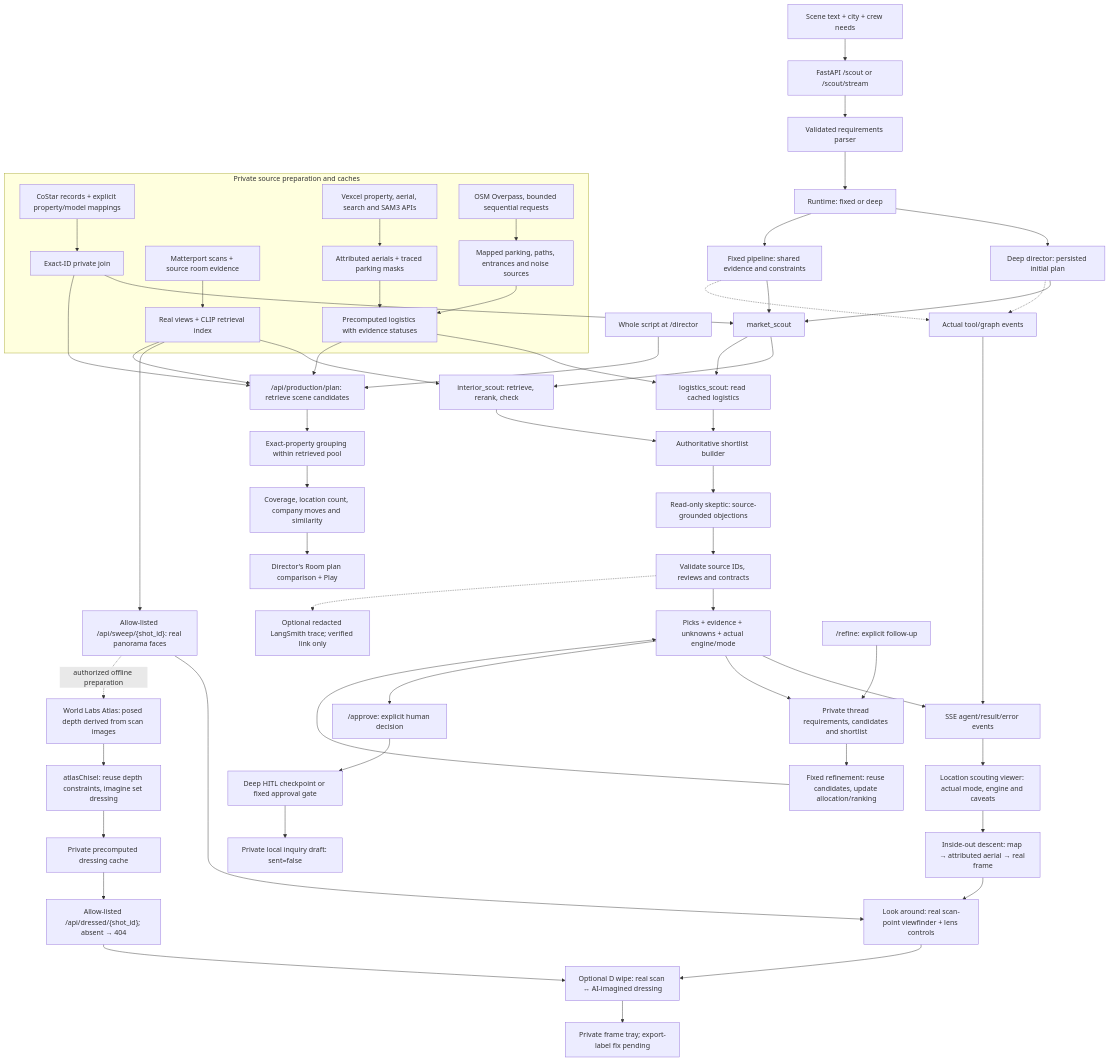
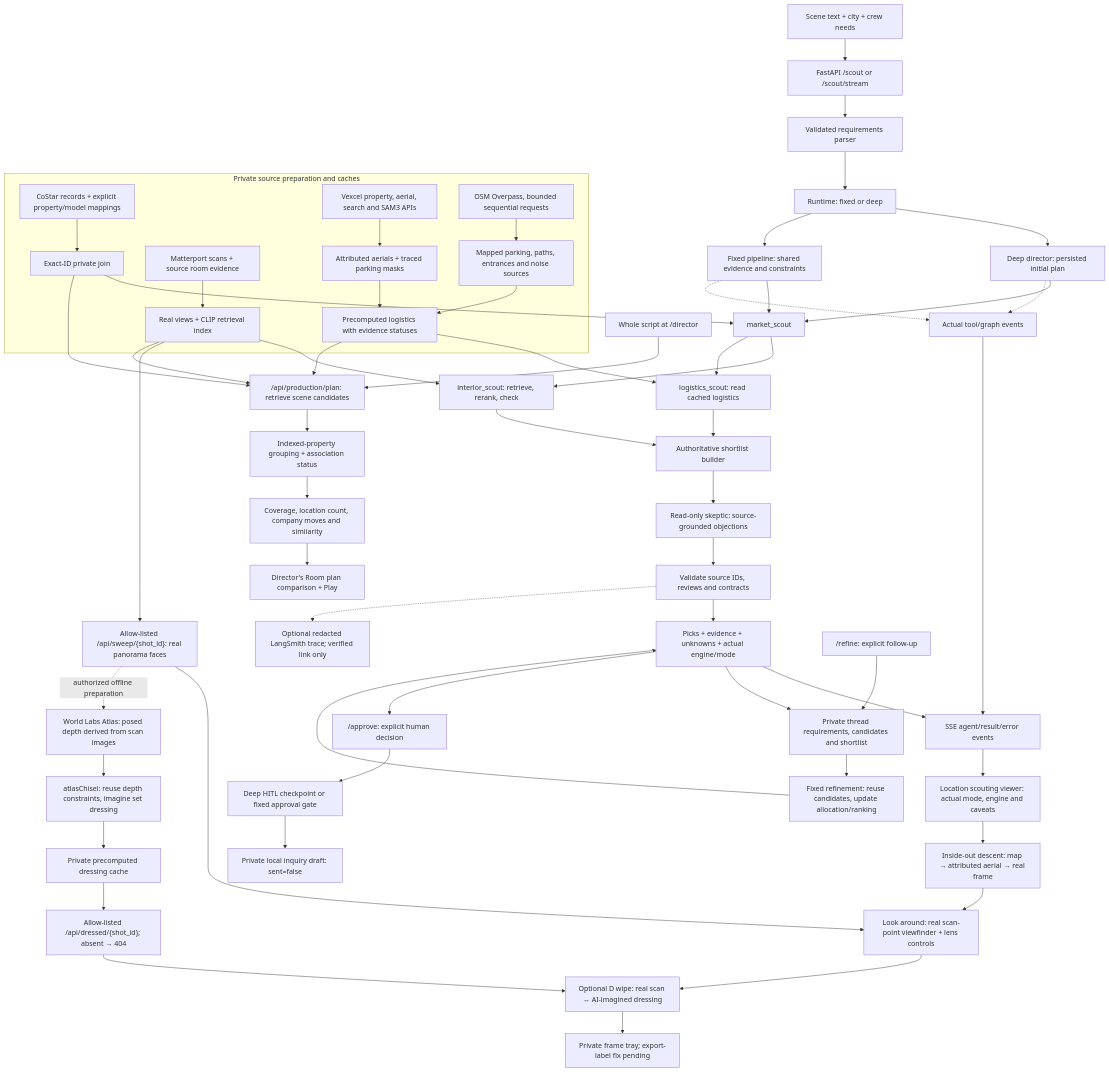
One commit to Tecncentral/typecast changed the diagram in docs/architecture.md. Above: the diagram before and after it, drawn with Mermaid. The commit also changed other lines of this file and 4 other files, not shown here.

````diff
--- a/docs/architecture.md
+++ b/docs/architecture.md
@@ -5,66 +5,66 @@
 ```mermaid
 flowchart TD
     Scene["Scene text + city + crew needs"] --> API["FastAPI /scout or /scout/stream"]
     API --> Parse["Validated requirements parser"]
     Parse --> Runtime["Runtime: fixed or deep"]
     Runtime --> Director["Deep director: persisted initial plan"]
     Runtime --> Fixed["Fixed pipeline: shared evidence and constraints"]
 
     subgraph Private["Private source preparation and caches"]
         CoStar["CoStar records + explicit property/model mappings"] --> Join["Exact-ID private join"]
         Matterport["Matterport scans + source room evidence"] --> Index["Real views + CLIP retrieval index"]
         Vexcel["Vexcel property, aerial, search and SAM3 APIs"] --> Aerial["Attributed aerials + traced parking masks"]
         OSM["OSM Overpass, bounded sequential requests"] --> Mapped["Mapped parking, paths, entrances and noise sources"]
         Aerial --> Cache["Precomputed logistics with evidence statuses"]
         Mapped --> Cache
     end
 
     Director --> Market["market_scout"]
     Fixed --> Market
     Join --> Market
     Market --> Interior["interior_scout: retrieve, rerank, check"]
     Market --> Logistics["logistics_scout: read cached logistics"]
     Index --> Interior
     Cache --> Logistics
     Interior --> Shortlist["Authoritative shortlist builder"]
     Logistics --> Shortlist
     Shortlist --> Skeptic["Read-only skeptic: source-grounded objections"]
     Skeptic --> Validate["Validate source IDs, reviews and contracts"]
     Validate --> Result["Picks + evidence + unknowns + actual engine/mode"]
 
     Director -.-> Events["Actual tool/graph events"]
     Fixed -.-> Events
     Events --> SSE["SSE agent/result/error events"]
     Result --> SSE
     Validate -.-> Trace["Optional redacted LangSmith trace; verified link only"]
 
     SSE --> Viewer["Location scouting viewer: actual mode, engine and caveats"]
     Viewer --> Descent["Inside-out descent: map → attributed aerial → real frame"]
     Descent --> Viewfinder["Look around: real scan-point viewfinder + lens controls"]
     Index --> Sweep["Allow-listed /api/sweep/{shot_id}: real panorama faces"]
     Sweep --> Viewfinder
     Sweep -. "authorized offline preparation" .-> Atlas["World Labs Atlas: posed depth derived from scan images"]
     Atlas --> Chisel["atlasChisel: reuse depth constraints, imagine set dressing"]
     Chisel --> DressedCache["Private precomputed dressing cache"]
     DressedCache --> DressedAPI["Allow-listed /api/dressed/{shot_id}; absent → 404"]
     DressedAPI --> Compare["Optional D wipe: real scan ↔ AI-imagined dressing"]
     Viewfinder --> Compare
     Compare --> Grab["Private frame tray; export-label fix pending"]
 
     Script["Whole script at /director"] --> Production["/api/production/plan: retrieve scene candidates"]
     Index --> Production
     Join --> Production
     Cache --> Production
-    Production --> Group["Exact-property grouping within retrieved pool"]
+    Production --> Group["Indexed-property grouping + association status"]
     Group --> Plans["Coverage, location count, company moves and similarity"]
     Plans --> Reel["Director's Room plan comparison + Play"]
 
     Result --> State["Private thread requirements, candidates and shortlist"]
     Followup["/refine: explicit follow-up"] --> State
     State --> Refine["Fixed refinement: reuse candidates, update allocation/ranking"]
     Refine --> Result
 
     Result --> Approval["/approve: explicit human decision"]
     Approval --> Gate["Deep HITL checkpoint or fixed approval gate"]
     Gate --> Draft["Private local inquiry draft: sent=false"]
 ```
````
